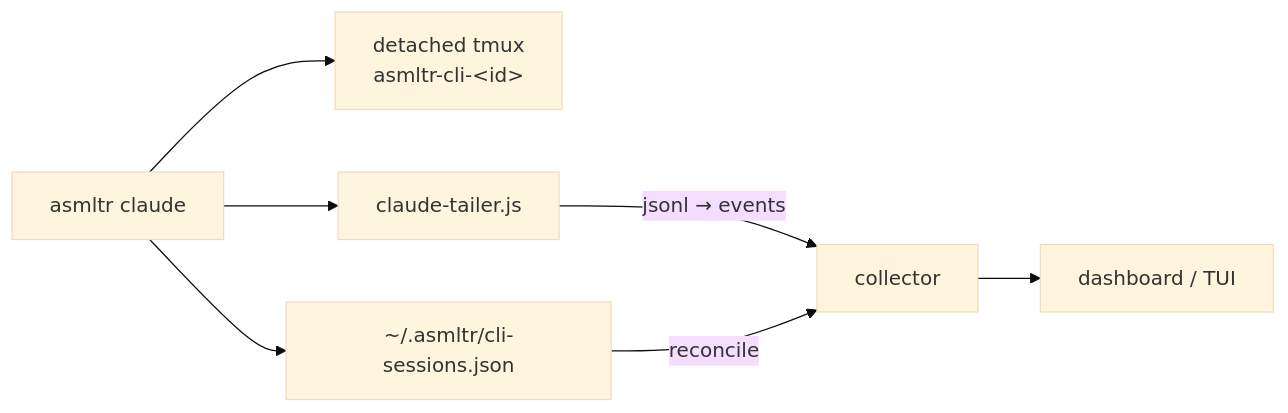
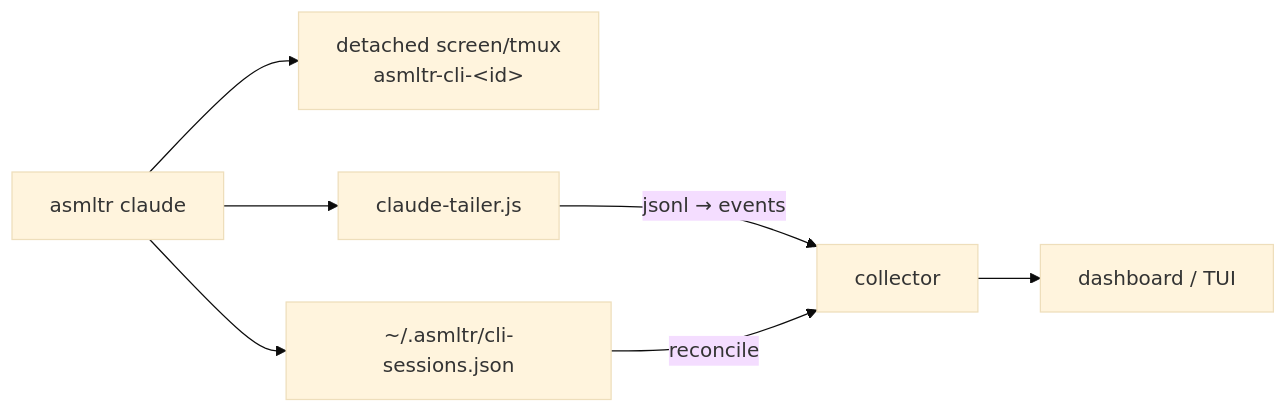
One commit to gtwy/asmltr changed the diagram in docs/connectors/cli.md. Above: the diagram before and after it, drawn with Mermaid (base theme). The commit also changed other lines of this file and 7 other files, not shown here.

First line of the commit message:
default the session multiplexer to screen, tmux opt-in

````diff
--- a/docs/connectors/cli.md
+++ b/docs/connectors/cli.md
@@ -34,9 +36,9 @@
 ```mermaid
 flowchart LR
-  A["asmltr claude"] --> TMUX["detached tmux<br/>asmltr-cli-&lt;id&gt;"]
+  A["asmltr claude"] --> TMUX["detached screen/tmux<br/>asmltr-cli-&lt;id&gt;"]
   A --> TRK["~/.asmltr/cli-sessions.json"]
   A --> TAIL["claude-tailer.js"]
   TAIL -->|jsonl → events| COL["collector"]
   TRK -->|reconcile| COL
   COL --> DASH["dashboard / TUI"]
 ```
````
